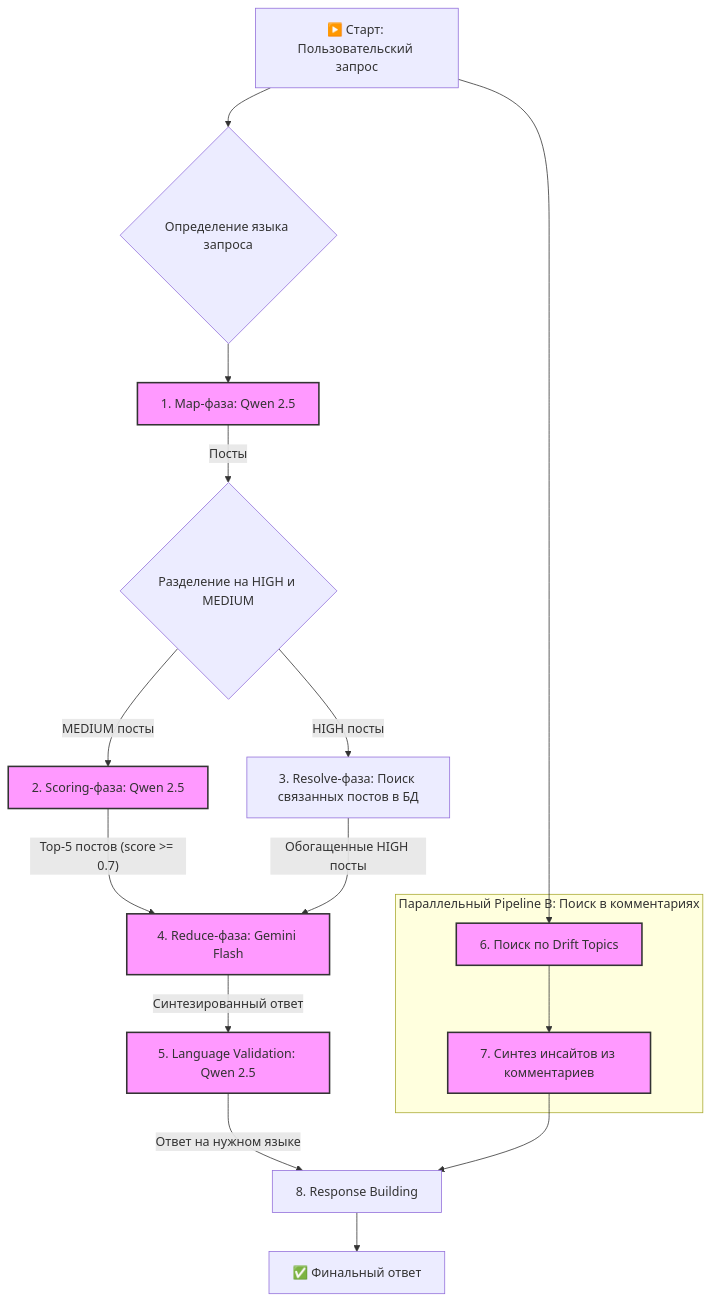
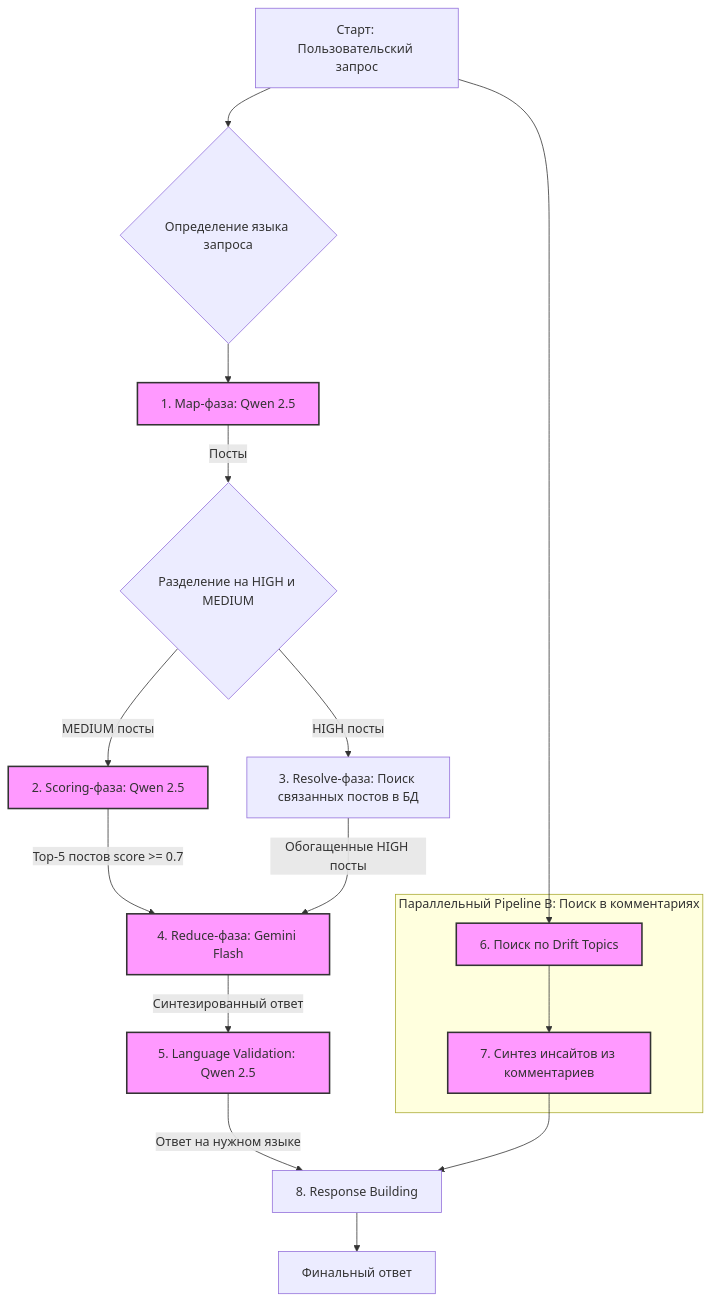
One commit to shao3d/Experts_panel changed the second of 5 diagrams in README.md. Above: the diagram before and after it, drawn with Mermaid. The commit also changed other lines of this file, not shown here.

First line of the commit message:
fix: исправлены Mermaid диаграммы для GitHub

````diff
--- a/README.md
+++ b/README.md
@@ -45,24 +45,24 @@
 ```mermaid
 graph TD
-    A[▶️ Старт: Пользовательский запрос] --> B{Определение языка запроса};
-    B --> C[1. Map-фаза: Qwen 2.5];
-    C -- "Посты" --> D{Разделение на HIGH и MEDIUM};
-    D -- "HIGH посты" --> E[3. Resolve-фаза: Поиск связанных постов в БД];
-    D -- "MEDIUM посты" --> F[2. Scoring-фаза: Qwen 2.5];
-    F -- "Top-5 постов (score >= 0.7)" --> G[4. Reduce-фаза: Gemini Flash];
-    E -- "Обогащенные HIGH посты" --> G;
-    G -- "Синтезированный ответ" --> H[5. Language Validation: Qwen 2.5];
-    H -- "Ответ на нужном языке" --> I{Сборка финального ответа};
+    A[Старт: Пользовательский запрос] --> B{Определение языка запроса}
+    B --> C[1. Map-фаза: Qwen 2.5]
+    C -- "Посты" --> D{Разделение на HIGH и MEDIUM}
+    D -- "HIGH посты" --> E[3. Resolve-фаза: Поиск связанных постов в БД]
+    D -- "MEDIUM посты" --> F[2. Scoring-фаза: Qwen 2.5]
+    F -- "Top-5 постов score >= 0.7" --> G[4. Reduce-фаза: Gemini Flash]
+    E -- "Обогащенные HIGH посты" --> G
+    G -- "Синтезированный ответ" --> H[5. Language Validation: Qwen 2.5]
+    H -- "Ответ на нужном языке" --> I{Сборка финального ответа}
 
     subgraph "Параллельный Pipeline B: Поиск в комментариях"
-        J[6. Поиск по Drift Topics] --> K[7. Синтез инсайтов из комментариев];
+        J[6. Поиск по Drift Topics] --> K[7. Синтез инсайтов из комментариев]
     end
 
-    A --> J;
-    K --> I[8. Response Building];
+    A --> J
+    K --> I[8. Response Building]
 
-    I --> L[✅ Финальный ответ];
+    I --> L[Финальный ответ]
 
-    classDef llm_step fill:#f9f,stroke:#333,stroke-width:2px;
-    class C,F,G,H,J,K llm_step;
+    classDef llm_step fill:#f9f,stroke:#333,stroke-width:2px
+    class C,F,G,H,J,K llm_step
 ```
````
